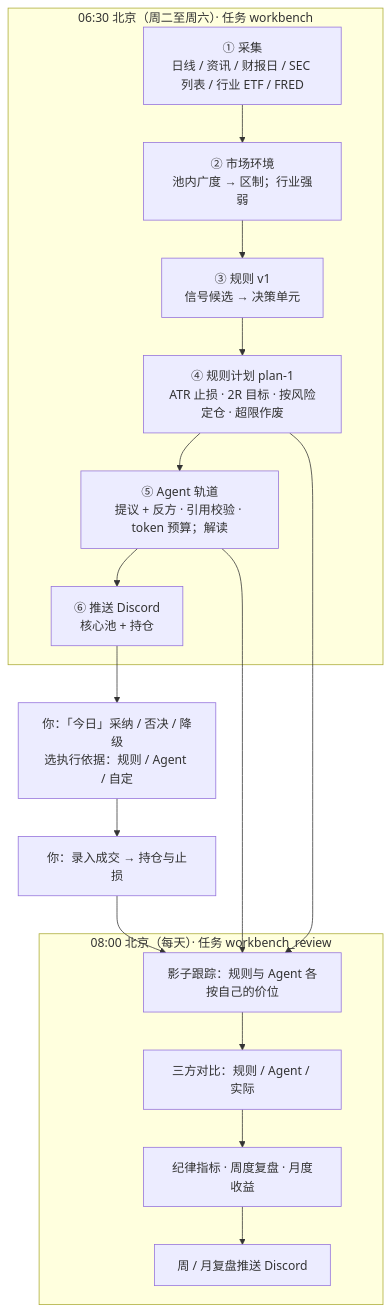
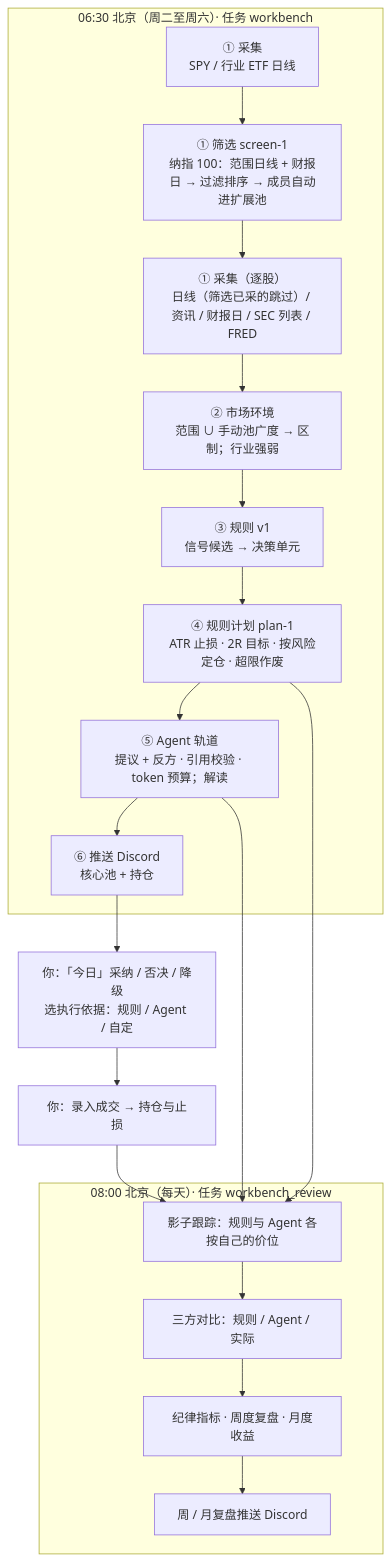
Before and after one commit to jianjustin/investment-assistant: the diagram in docs/architecture.md, drawn with Mermaid. The commit also changed other lines of this file and 9 other files, not shown here.

````diff
--- a/docs/architecture.md
+++ b/docs/architecture.md
@@ -84,20 +86,22 @@
 ```mermaid
 flowchart TD
     subgraph batch["06:30 北京（周二至周六）· 任务 workbench"]
-        A["① 采集<br/>日线 / 资讯 / 财报日 / SEC 列表 / 行业 ETF / FRED"] --> B["② 市场环境<br/>池内广度 → 区制；行业强弱"]
-        B --> C["③ 规则 v1<br/>信号候选 → 决策单元"]
+        A["① 采集<br/>SPY / 行业 ETF 日线"] --> A2["① 筛选 screen-1<br/>纳指 100：范围日线 + 财报日 → 过滤排序 → 成员自动进扩展池"]
+        A2 --> B["① 采集（逐股）<br/>日线（筛选已采的跳过）/ 资讯 / 财报日 / SEC 列表 / FRED"]
+        B --> B2["② 市场环境<br/>范围 ∪ 手动池广度 → 区制；行业强弱"]
+        B2 --> C["③ 规则 v1<br/>信号候选 → 决策单元"]
         C --> D["④ 规则计划 plan-1<br/>ATR 止损 · 2R 目标 · 按风险定仓 · 超限作废"]
         D --> E["⑤ Agent 轨道<br/>提议 + 反方 · 引用校验 · token 预算；解读"]
         E --> F["⑥ 推送 Discord<br/>核心池 + 持仓"]
     end
     F --> G["你：「今日」采纳 / 否决 / 降级<br/>选执行依据：规则 / Agent / 自定"]
     G --> H["你：录入成交 → 持仓与止损"]
     subgraph review["08:00 北京（每天）· 任务 workbench_review"]
         I["影子跟踪：规则与 Agent 各按自己的价位"] --> J["三方对比：规则 / Agent / 实际"]
         J --> K["纪律指标 · 周度复盘 · 月度收益"]
         K --> L["周 / 月复盘推送 Discord"]
     end
     H --> I
     D --> I
     E --> I
 ```
````
